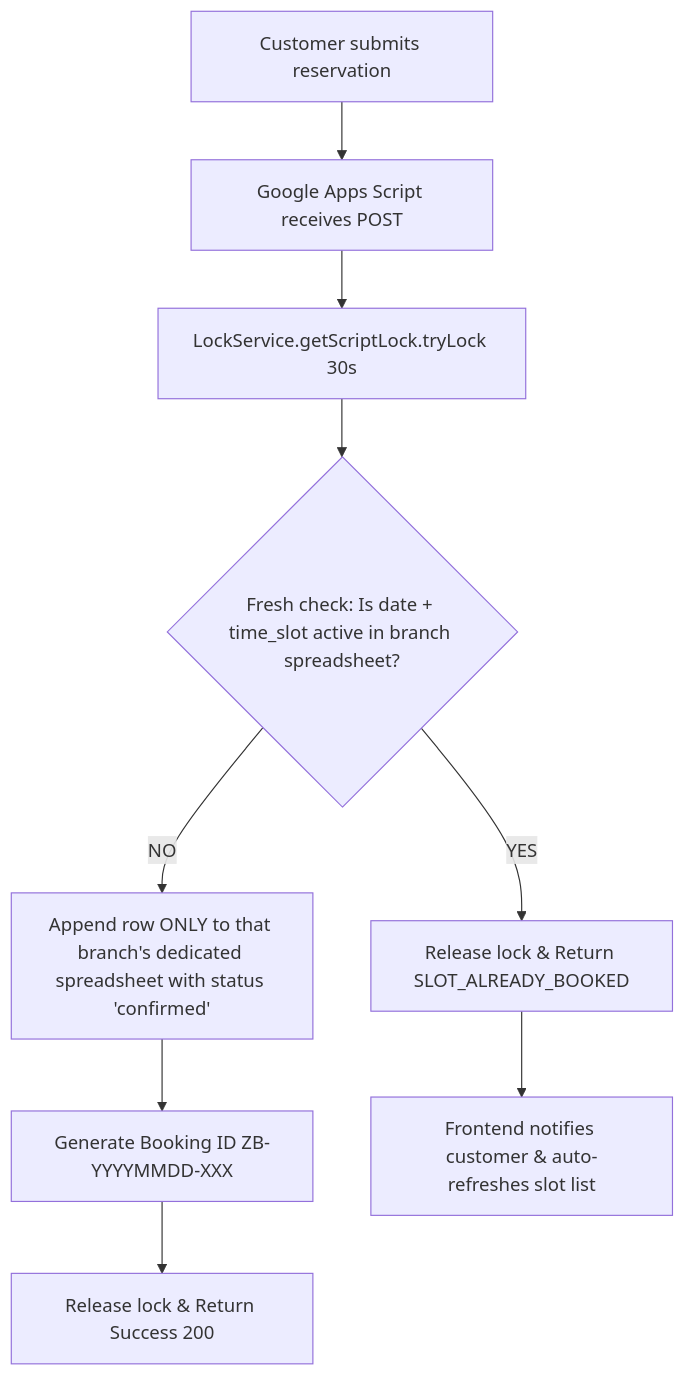
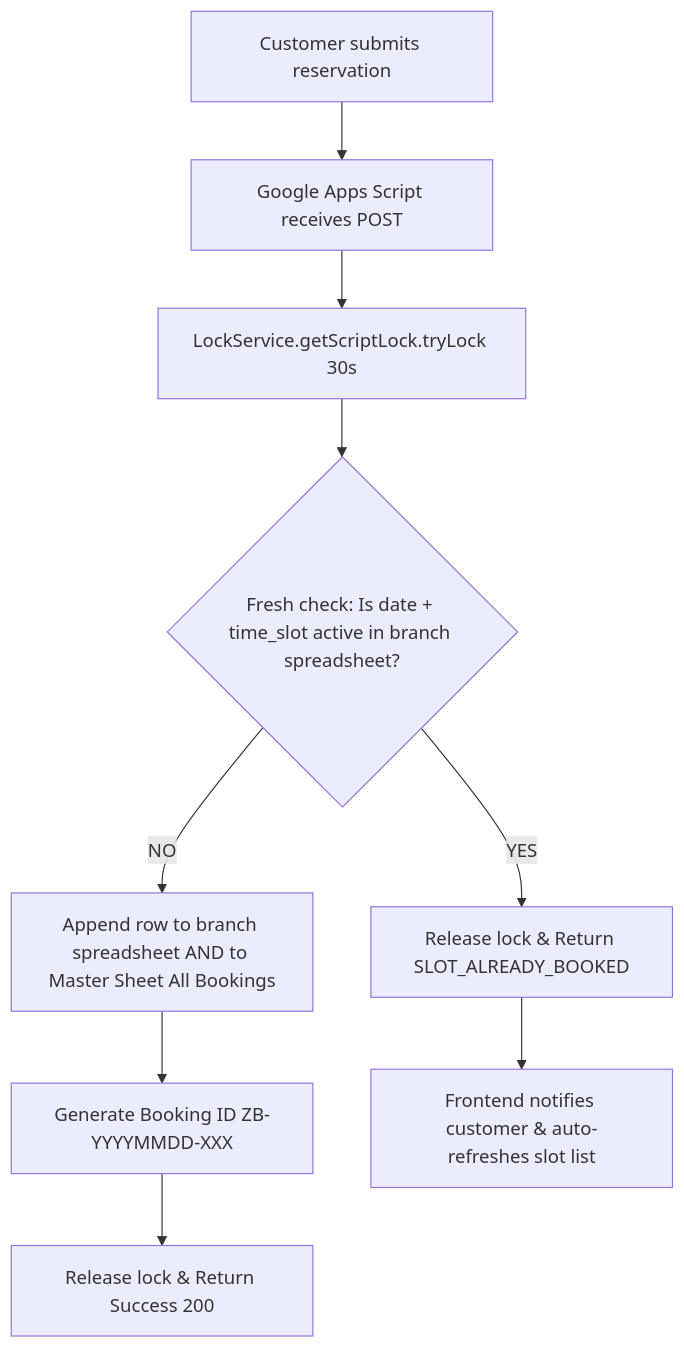
The diagram in README.md (optigoai/zelebrae-form), drawn with Mermaid before and after one commit. The commit also changed other lines of this file and 2 other files, not shown here.

Commit message:
feat: synchronize all branch bookings to master spreadsheet All Bookings sheet

````diff
--- a/README.md
+++ b/README.md
@@ -141,11 +143,11 @@
 ```mermaid
 flowchart TD
     A[Customer submits reservation] --> B[Google Apps Script receives POST]
     B --> C[LockService.getScriptLock.tryLock 30s]
     C --> D{Fresh check: Is date + time_slot active in branch spreadsheet?}
-    D -- NO --> E[Append row ONLY to that branch's dedicated spreadsheet with status 'confirmed']
+    D -- NO --> E[Append row to branch spreadsheet AND to Master Sheet All Bookings]
     E --> F[Generate Booking ID ZB-YYYYMMDD-XXX]
     F --> G[Release lock & Return Success 200]
     D -- YES --> H[Release lock & Return SLOT_ALREADY_BOOKED]
     H --> I[Frontend notifies customer & auto-refreshes slot list]
 ```
````
